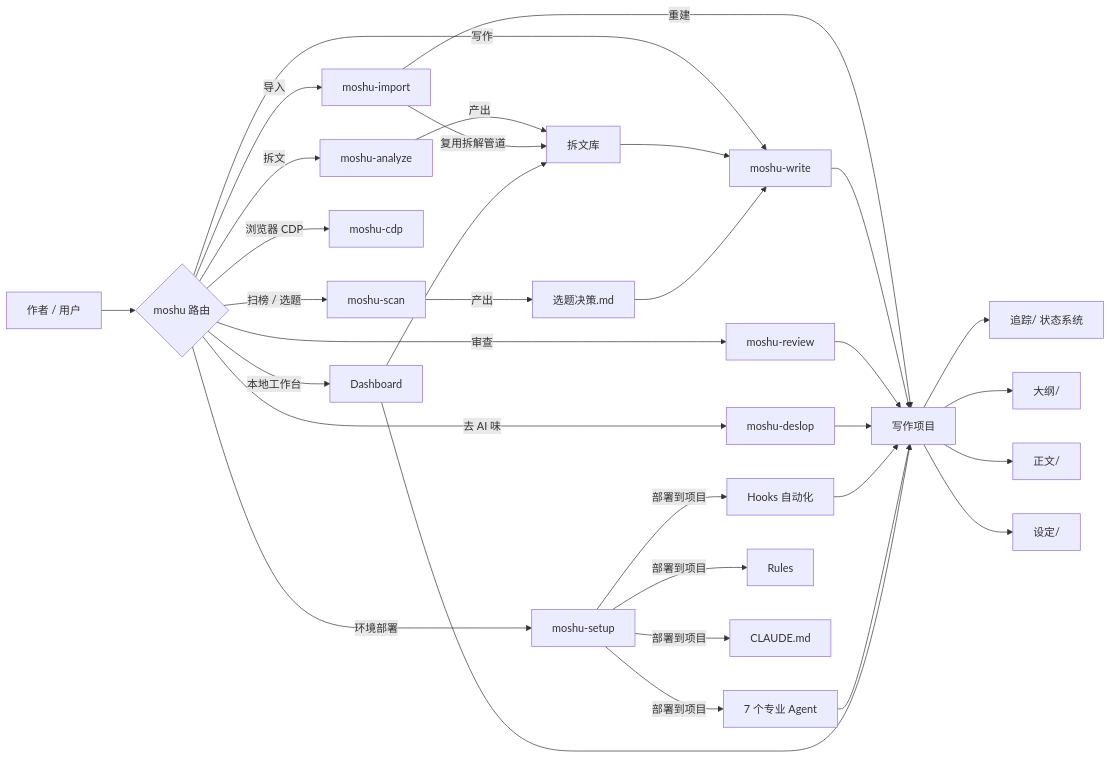
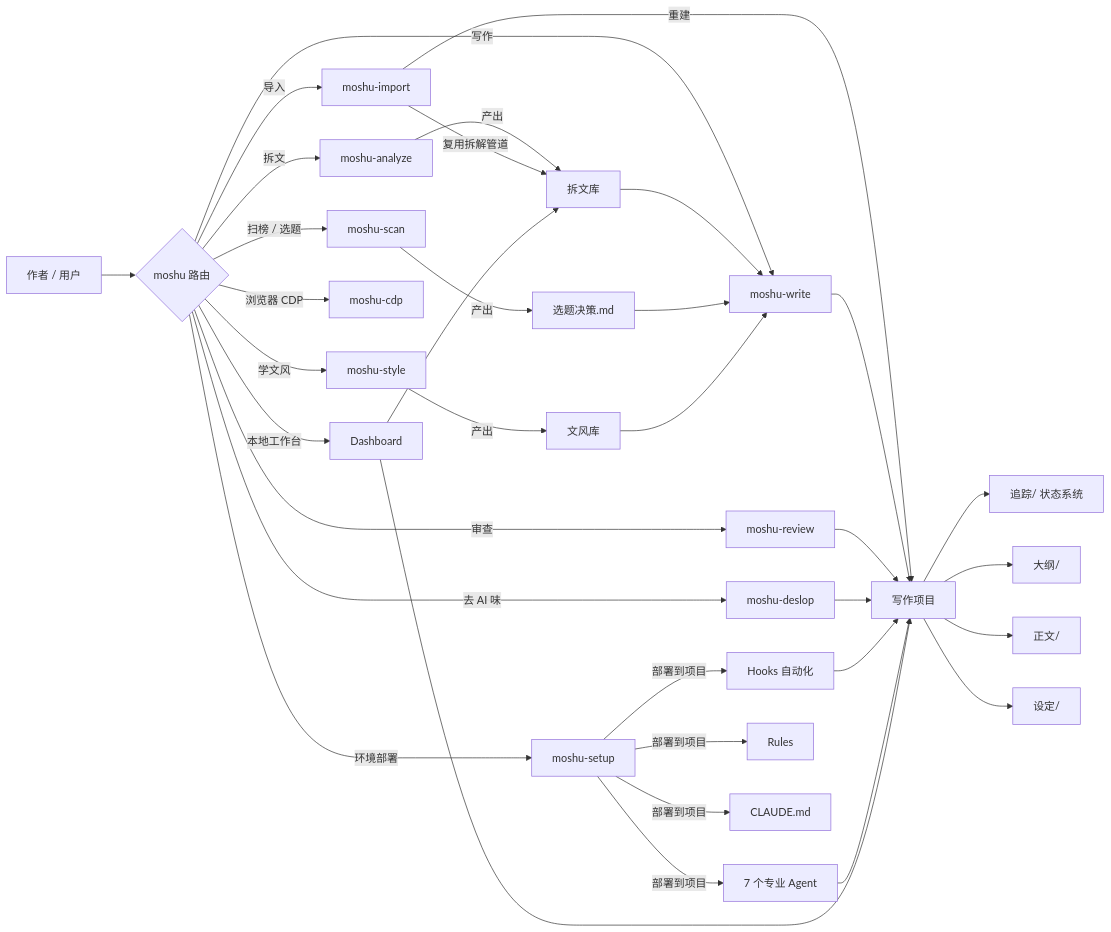
Before and after one commit to Chained1001/mo-shu: the first of 4 diagrams in docs/architecture.md, drawn with Mermaid. The commit also changed 45 other files, not shown here.

````diff
--- a/docs/architecture.md
+++ b/docs/architecture.md
@@ -8,40 +8,43 @@
 ```mermaid
 flowchart LR
     U[作者 / 用户] --> R{moshu 路由}
 
     R -->|扫榜 / 选题| Scan[moshu-scan]
     R -->|拆文| Analyze[moshu-analyze]
     R -->|写作| Write[moshu-write]
     R -->|导入| Import[moshu-import]
     R -->|去 AI 味| Deslop[moshu-deslop]
+    R -->|学文风| Style[moshu-style]
     R -->|审查| Review[moshu-review]
     R -->|环境部署| Setup[moshu-setup]
     R -->|浏览器 CDP| CDP[moshu-cdp]
     R -->|本地工作台| Dash[Dashboard]
 
     Setup -->|部署到项目| Hooks[Hooks 自动化]
     Setup -->|部署到项目| Agents[7 个专业 Agent]
     Setup -->|部署到项目| Rules[Rules]
     Setup -->|部署到项目| Claude[CLAUDE.md]
 
     Analyze -->|产出| Library[拆文库]
     Library --> Write
     Import -->|复用拆解管道| Library
     Import -->|重建| Project[写作项目]
     Scan -->|产出| Decision[选题决策.md]
     Decision --> Write
+    Style -->|产出| StyleLib[文风库]
+    StyleLib --> Write
 
     Write --> Project
     Review --> Project
     Deslop --> Project
 
     Project --> Tracking[追踪/ 状态系统]
     Project --> Outline[大纲/]
     Project --> Prose[正文/]
     Project --> Setting[设定/]
 
     Hooks --> Project
     Agents --> Project
     Dash --> Project
     Dash --> Library
 ```
````
